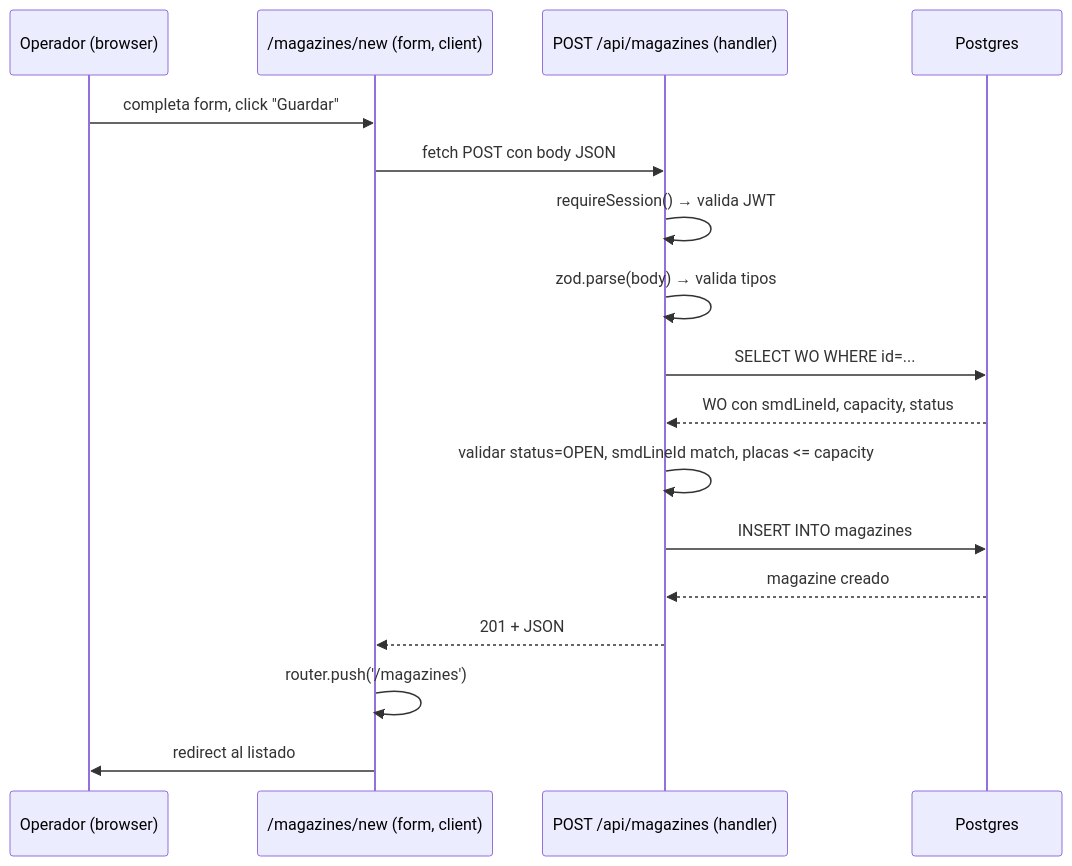
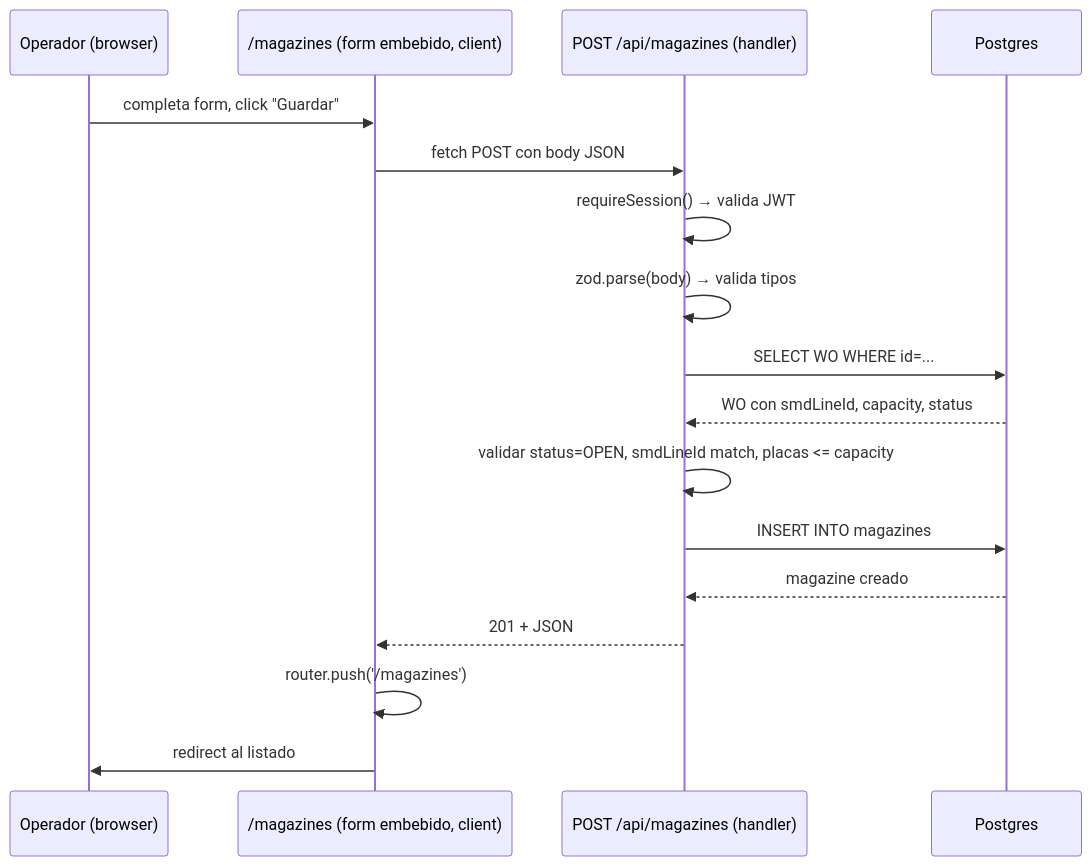
Before and after one commit to meq1985/sia-bgh: the fourth of 4 diagrams in docs/desarrollo/arquitectura.md, drawn with Mermaid. The commit also changed 4 other files, not shown here.

First line of the commit message:
refactor(magazines): formulario embebido en /magazines

````diff
--- a/docs/desarrollo/arquitectura.md
+++ b/docs/desarrollo/arquitectura.md
@@ -156,20 +156,20 @@
 ```mermaid
 sequenceDiagram
   participant Op as Operador (browser)
-  participant Form as /magazines/new (form, client)
+  participant Form as /magazines (form embebido, client)
   participant API as POST /api/magazines (handler)
   participant DB as Postgres
 
   Op->>Form: completa form, click "Guardar"
   Form->>API: fetch POST con body JSON
   API->>API: requireSession() → valida JWT
   API->>API: zod.parse(body) → valida tipos
   API->>DB: SELECT WO WHERE id=...
   DB-->>API: WO con smdLineId, capacity, status
   API->>API: validar status=OPEN, smdLineId match, placas <= capacity
   API->>DB: INSERT INTO magazines
   DB-->>API: magazine creado
   API-->>Form: 201 + JSON
   Form->>Form: router.push('/magazines')
   Form->>Op: redirect al listado
 ```
````
